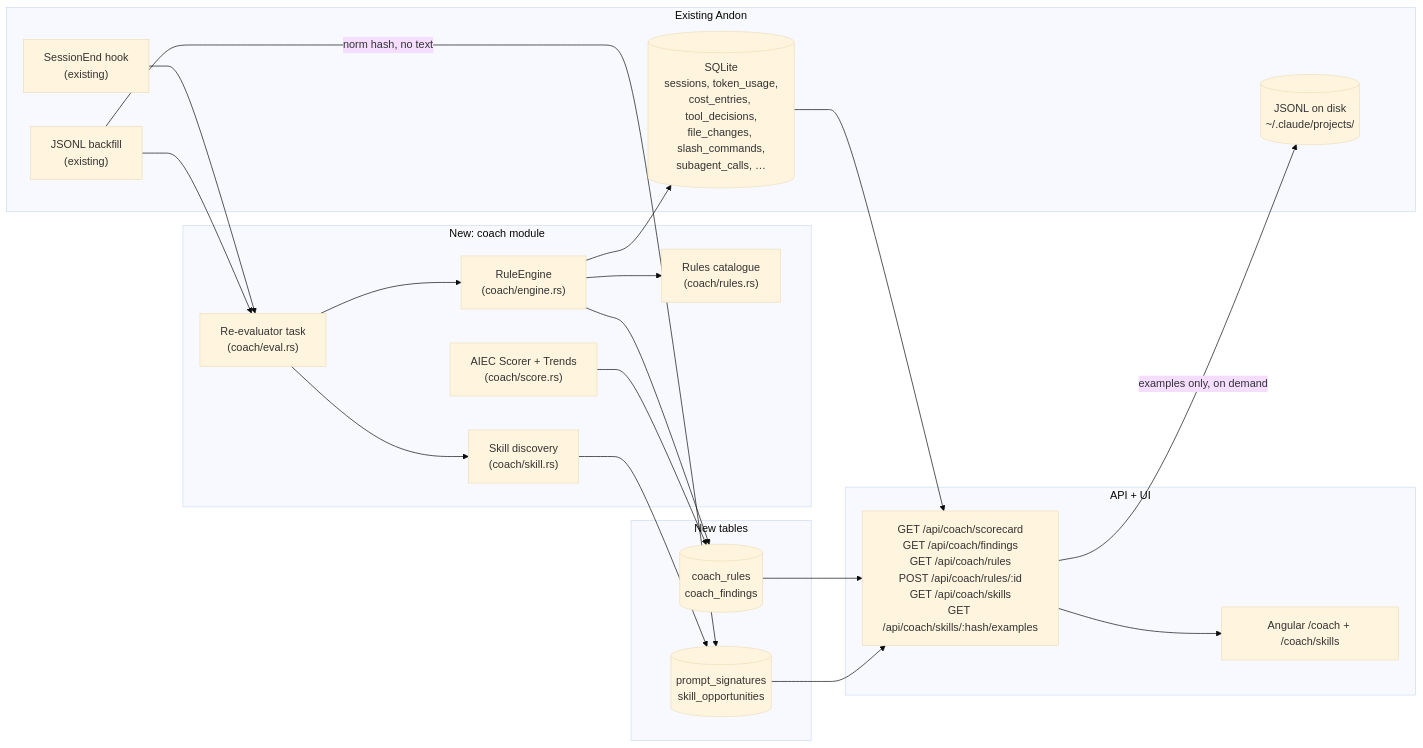
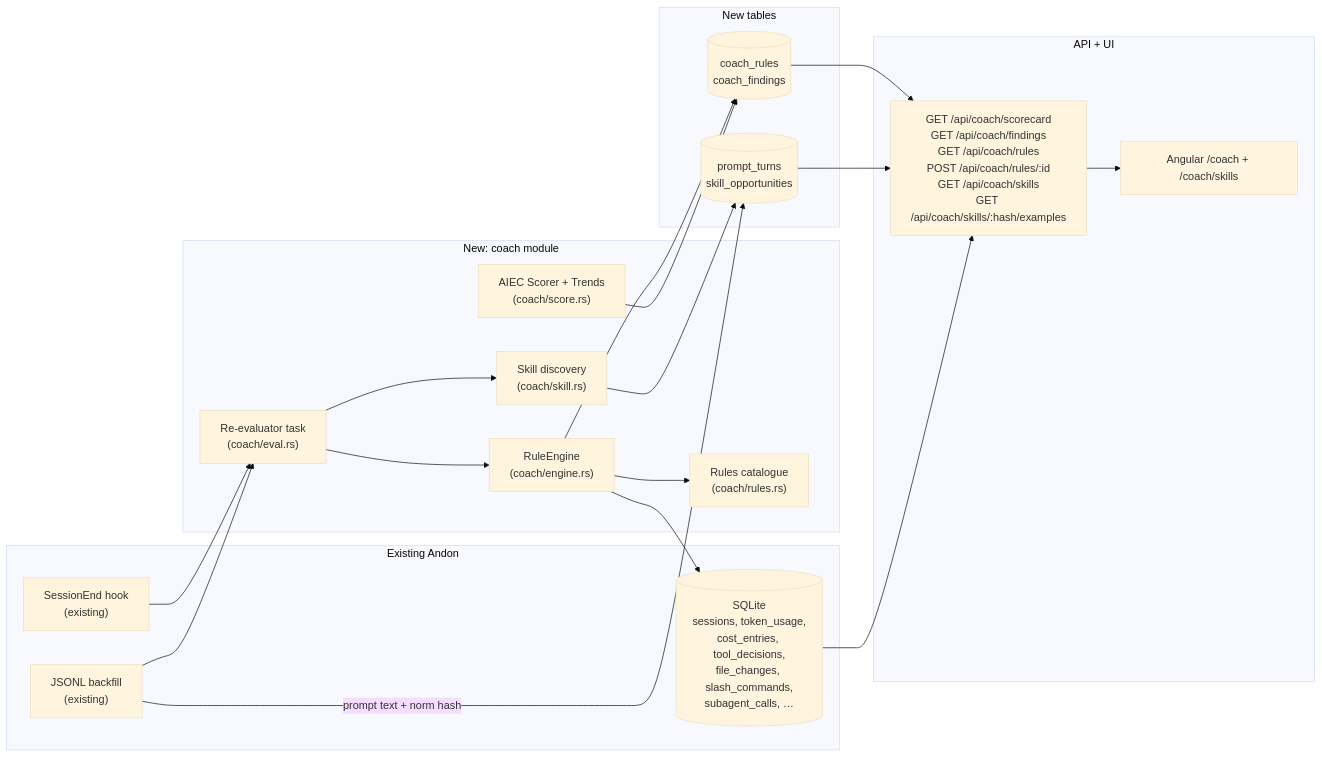
The first of 2 diagrams in docs/superpowers/specs/2026-05-24-ai-engineering-coach-integration-design.md (satish-krishna/andon), drawn with Mermaid (base theme) before and after one commit. The commit also changed other lines of this file, not shown here.

````diff
--- a/docs/superpowers/specs/2026-05-24-ai-engineering-coach-integration-design.md
+++ b/docs/superpowers/specs/2026-05-24-ai-engineering-coach-integration-design.md
@@ -113,39 +142,37 @@
 ```mermaid
 flowchart LR
     subgraph Existing["Existing Andon"]
         DB[("SQLite<br/>sessions, token_usage,<br/>cost_entries, tool_decisions,<br/>file_changes, slash_commands,<br/>subagent_calls, …")]
         SE["SessionEnd hook<br/>(existing)"]
         BF["JSONL backfill<br/>(existing)"]
-        FS[("JSONL on disk<br/>~/.claude/projects/")]
     end
     subgraph New["New: coach module"]
         Engine["RuleEngine<br/>(coach/engine.rs)"]
         Rules["Rules catalogue<br/>(coach/rules.rs)"]
         Scorer["AIEC Scorer + Trends<br/>(coach/score.rs)"]
         Skill["Skill discovery<br/>(coach/skill.rs)"]
         Eval["Re-evaluator task<br/>(coach/eval.rs)"]
     end
     subgraph New2["New tables"]
         T1[("coach_rules<br/>coach_findings")]
-        T2[("prompt_signatures<br/>skill_opportunities")]
+        T2[("prompt_turns<br/>skill_opportunities")]
     end
     subgraph API["API + UI"]
         Routes["GET /api/coach/scorecard<br/>GET /api/coach/findings<br/>GET /api/coach/rules<br/>POST /api/coach/rules/:id<br/>GET /api/coach/skills<br/>GET /api/coach/skills/:hash/examples"]
         Page["Angular /coach + /coach/skills"]
     end
     SE --> Eval
     BF --> Eval
-    BF -- "norm hash, no text" --> T2
+    BF -- "prompt text + norm hash" --> T2
     Eval --> Engine
     Eval --> Skill
     Engine --> Rules
     Engine --> DB
     Engine --> T1
     Scorer --> T1
     Skill --> T2
     T1 --> Routes
     T2 --> Routes
     DB --> Routes
-    Routes -- "examples only, on demand" --> FS
     Routes --> Page
 ```
````
